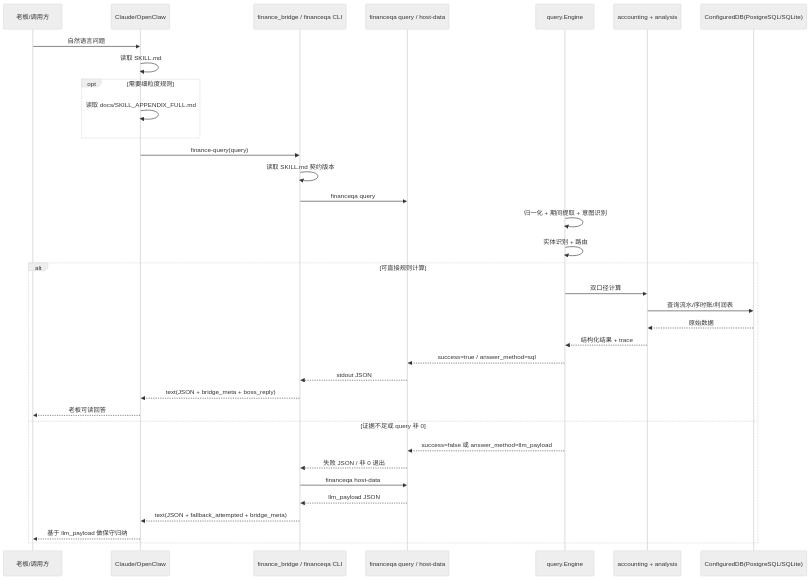
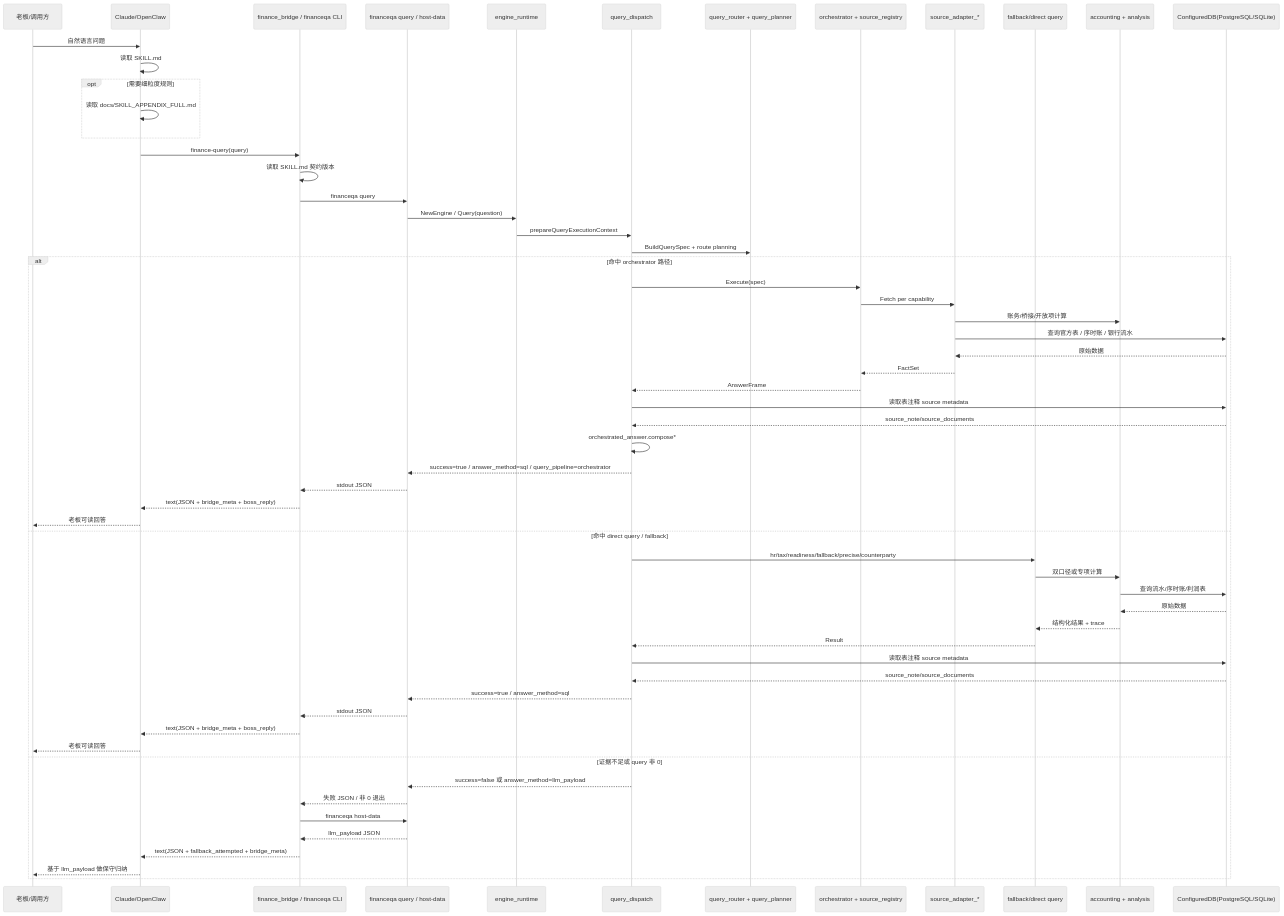
One commit to Asklear/finance_qa changed the diagram in docs/architecture/02-query-sequence.md. Above: the diagram before and after it, drawn with Mermaid (neutral theme). The commit also changed other lines of this file and 195 other files, not shown here.

Commit message:
Refactor query orchestration and source attribution

````diff
--- a/docs/architecture/02-query-sequence.md
+++ b/docs/architecture/02-query-sequence.md
@@ -3,38 +3,63 @@
 ```mermaid
 sequenceDiagram
     participant Boss as 老板/调用方
     participant Host as Claude/OpenClaw
     participant Bridge as finance_bridge / financeqa CLI
     participant CLI as financeqa query / host-data
-    participant Eng as query.Engine
+    participant RT as engine_runtime
+    participant Disp as query_dispatch
+    participant Router as query_router + query_planner
+    participant Orch as orchestrator + source_registry
+    participant SA as source_adapter_*
+    participant Direct as fallback/direct query
     participant Calc as accounting + analysis
     participant DB as ConfiguredDB(PostgreSQL/SQLite)
 
     Boss->>Host: 自然语言问题
     Host->>Host: 读取 SKILL.md
     opt 需要细粒度规则
         Host->>Host: 读取 docs/SKILL_APPENDIX_FULL.md
     end
     Host->>Bridge: finance-query(query)
     Bridge->>Bridge: 读取 SKILL.md 契约版本
     Bridge->>CLI: financeqa query
-    Eng->>Eng: 归一化 + 期间提取 + 意图识别
-    Eng->>Eng: 实体识别 + 路由
-    alt 可直接规则计算
-        Eng->>Calc: 双口径计算
+    CLI->>RT: NewEngine / Query(question)
+    RT->>Disp: prepareQueryExecutionContext
+    Disp->>Router: BuildQuerySpec + route planning
+    alt 命中 orchestrator 路径
+        Disp->>Orch: Execute(spec)
+        Orch->>SA: Fetch per capability
+        SA->>Calc: 账务/桥接/开放项计算
+        SA->>DB: 查询官方表 / 序时账 / 银行流水
+        DB-->>SA: 原始数据
+        SA-->>Orch: FactSet
+        Orch-->>Disp: AnswerFrame
+        Disp->>DB: 读取表注释 source metadata
+        DB-->>Disp: source_note/source_documents
+        Disp->>Disp: orchestrated_answer.compose*
+        Disp-->>CLI: success=true / answer_method=sql / query_pipeline=orchestrator
+        CLI-->>Bridge: stdout JSON
+        Bridge-->>Host: text(JSON + bridge_meta + boss_reply)
+        Host-->>Boss: 老板可读回答
+    else 命中 direct query / fallback
+        Disp->>Direct: hr/tax/readiness/fallback/precise/counterparty
+        Direct->>Calc: 双口径或专项计算
         Calc->>DB: 查询流水/序时账/利润表
         DB-->>Calc: 原始数据
-        Calc-->>Eng: 结构化结果 + trace
-        Eng-->>CLI: success=true / answer_method=sql
+        Calc-->>Direct: 结构化结果 + trace
+        Direct-->>Disp: Result
+        Disp->>DB: 读取表注释 source metadata
+        DB-->>Disp: source_note/source_documents
+        Disp-->>CLI: success=true / answer_method=sql
         CLI-->>Bridge: stdout JSON
         Bridge-->>Host: text(JSON + bridge_meta + boss_reply)
         Host-->>Boss: 老板可读回答
     else 证据不足或 query 非 0
-        Eng-->>CLI: success=false 或 answer_method=llm_payload
+        Disp-->>CLI: success=false 或 answer_method=llm_payload
         CLI-->>Bridge: 失败 JSON / 非 0 退出
         Bridge->>CLI: financeqa host-data
         CLI-->>Bridge: llm_payload JSON
         Bridge-->>Host: text(JSON + fallback_attempted + bridge_meta)
         Host-->>Boss: 基于 llm_payload 做保守归纳
     end
 ```
````
